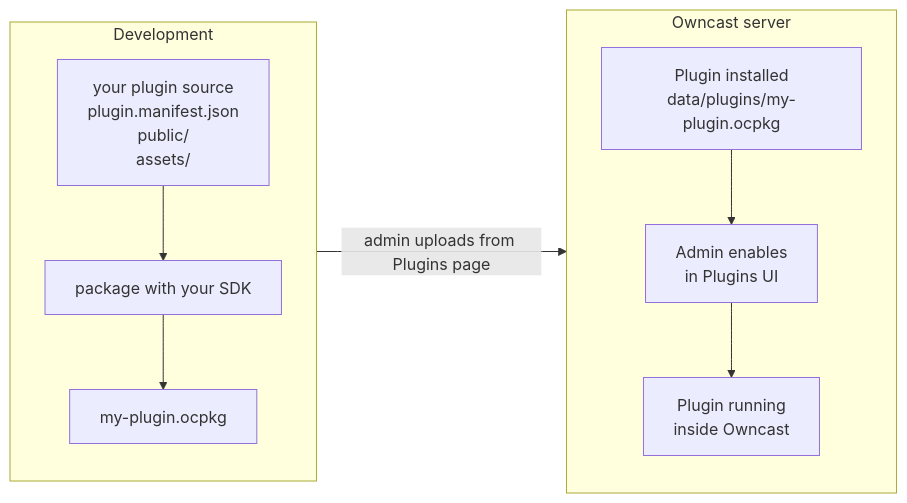
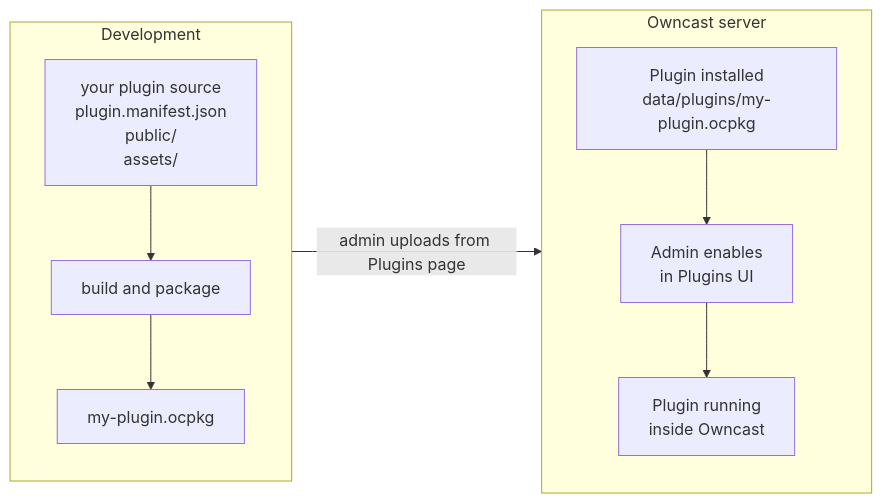
One commit to owncast/owncast.github.io changed the diagram in docs/plugins/index.md. Above: the diagram before and after it, drawn with Mermaid. The commit also changed other lines of this file and 4 other files, not shown here.

````diff
--- a/docs/plugins/index.md
+++ b/docs/plugins/index.md
@@ -69,20 +70,20 @@
 ```mermaid
 flowchart LR
     subgraph Dev[Development]
         direction TB
         Source["your plugin source<br/>plugin.manifest.json<br/>public/<br/>assets/"]
-        Build["package with your SDK"]
+        Build["build and package"]
         Pkg["my-plugin.ocpkg"]
         Source --> Build --> Pkg
     end
 
     subgraph Server[Owncast server]
         direction TB
         Dir["Plugin installed<br/>data/plugins/my-plugin.ocpkg"]
         Admin["Admin enables<br/>in Plugins UI"]
         Running["Plugin running<br/>inside Owncast"]
         Dir --> Admin --> Running
     end
 
     Pkg -->|admin uploads from Plugins page| Dir
 ```
````
